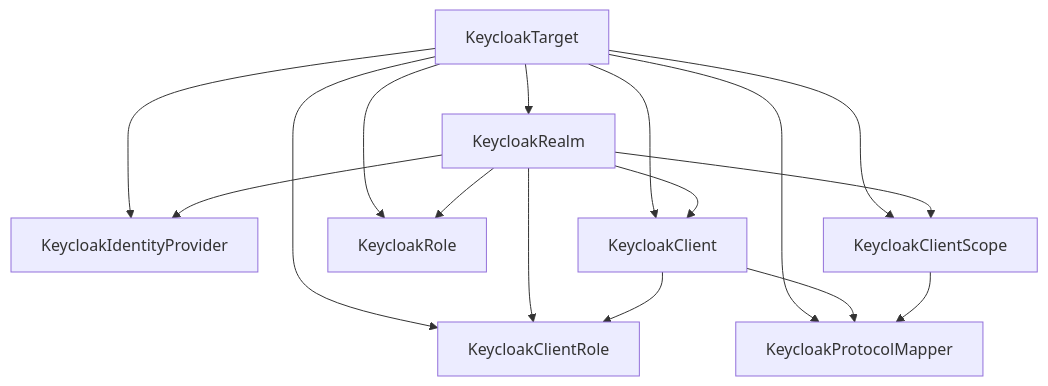
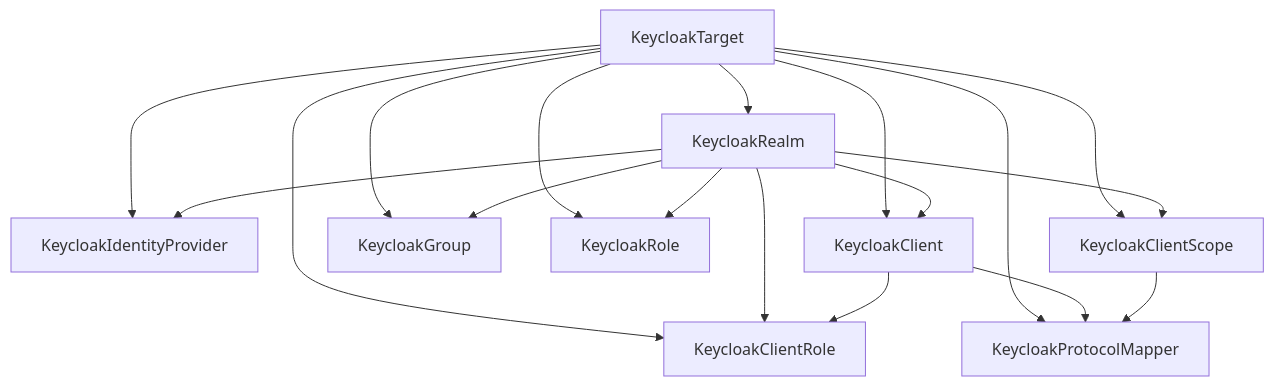
One commit to clouddicted/keycloak-config-operator changed the diagram in docs/resources/index.md. Above: the diagram before and after it, drawn with Mermaid. The commit also changed other lines of this file and 21 other files, not shown here.

````diff
--- a/docs/resources/index.md
+++ b/docs/resources/index.md
@@ -25,19 +25,21 @@
 ```mermaid
 flowchart TD
   target[KeycloakTarget] --> realm[KeycloakRealm]
   target --> idp[KeycloakIdentityProvider]
   target --> client[KeycloakClient]
   target --> clientRole[KeycloakClientRole]
+  target --> group[KeycloakGroup]
   target --> role[KeycloakRole]
   target --> scope[KeycloakClientScope]
   target --> mapper[KeycloakProtocolMapper]
 
   realm --> idp
   realm --> client
   realm --> clientRole
+  realm --> group
   realm --> role
   realm --> scope
   client --> clientRole
   client --> mapper
   scope --> mapper
 ```
````
